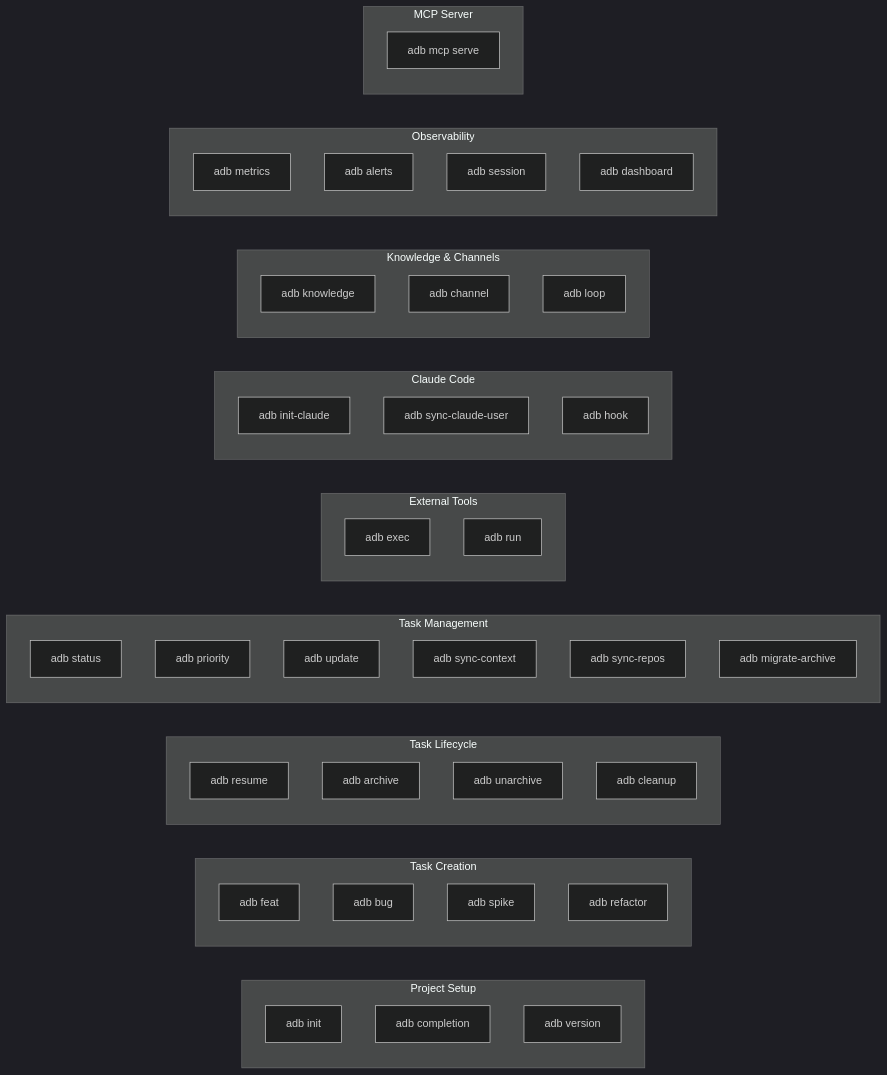
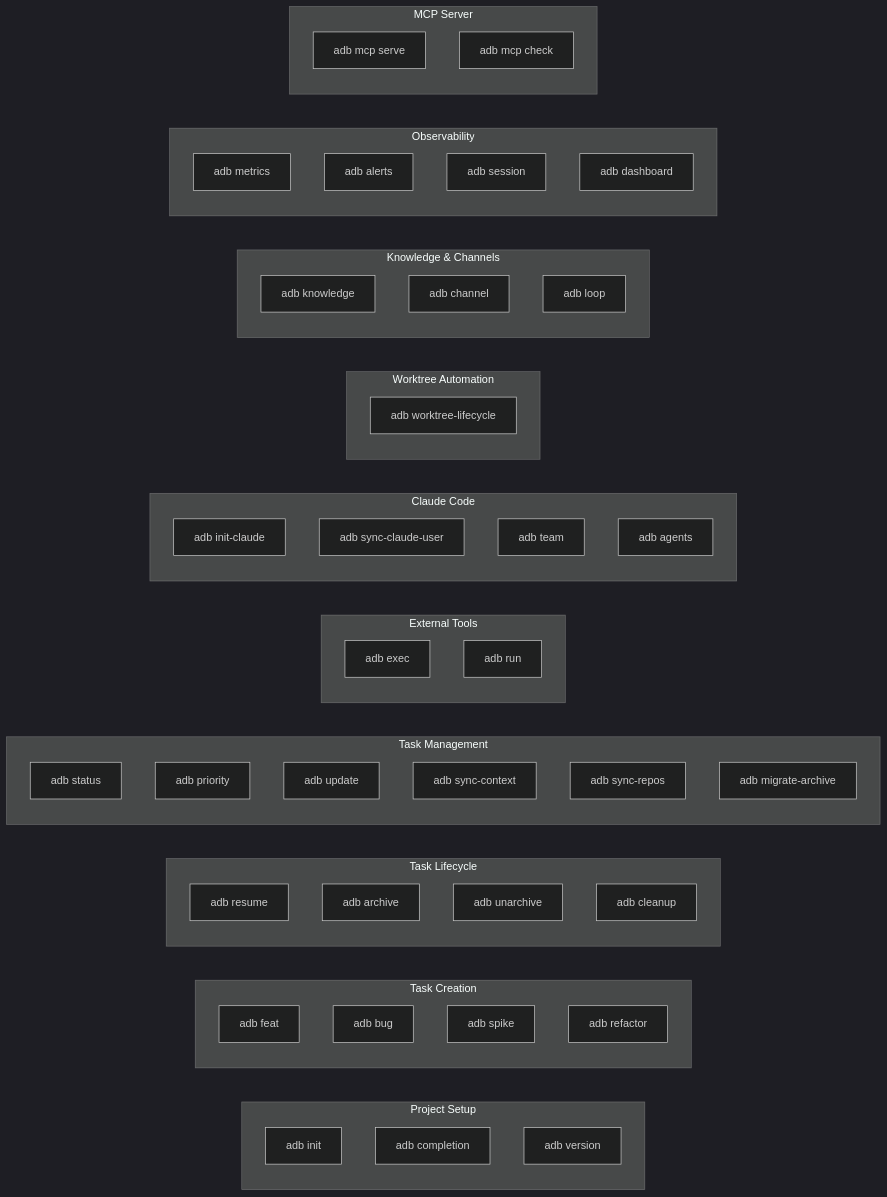
Before and after one commit to valter-silva-au/ai-dev-brain: the diagram in docs/commands.md, drawn with Mermaid (dark theme). The commit also changed other lines of this file and 5 other files, not shown here.

````diff
--- a/docs/commands.md
+++ b/docs/commands.md
@@ -8,59 +8,65 @@
 ```mermaid
 graph LR
     subgraph "Project Setup"
         init["adb init"]
         completion["adb completion"]
         version["adb version"]
     end
 
     subgraph "Task Creation"
         feat["adb feat"]
         bug["adb bug"]
         spike["adb spike"]
         refactor["adb refactor"]
     end
 
     subgraph "Task Lifecycle"
         resume["adb resume"]
         archive["adb archive"]
         unarchive["adb unarchive"]
         cleanup["adb cleanup"]
     end
 
     subgraph "Task Management"
         status["adb status"]
         priority["adb priority"]
         update["adb update"]
         syncctx["adb sync-context"]
         syncrepos["adb sync-repos"]
         migrate["adb migrate-archive"]
     end
 
     subgraph "External Tools"
         exec["adb exec"]
         run["adb run"]
     end
 
     subgraph "Claude Code"
         initclaude["adb init-claude"]
         syncuser["adb sync-claude-user"]
-        hook["adb hook"]
+        team["adb team"]
+        agents["adb agents"]
+    end
+
+    subgraph "Worktree Automation"
+        wtlifecycle["adb worktree-lifecycle"]
     end
 
     subgraph "Knowledge & Channels"
         knowledge["adb knowledge"]
         channel["adb channel"]
         loop["adb loop"]
     end
 
     subgraph "Observability"
         metrics["adb metrics"]
         alerts["adb alerts"]
         session["adb session"]
         dashboard["adb dashboard"]
     end
 
     subgraph "MCP Server"
-        mcp["adb mcp serve"]
+        mcpserve["adb mcp serve"]
+        mcpcheck["adb mcp check"]
     end
 ```
````
